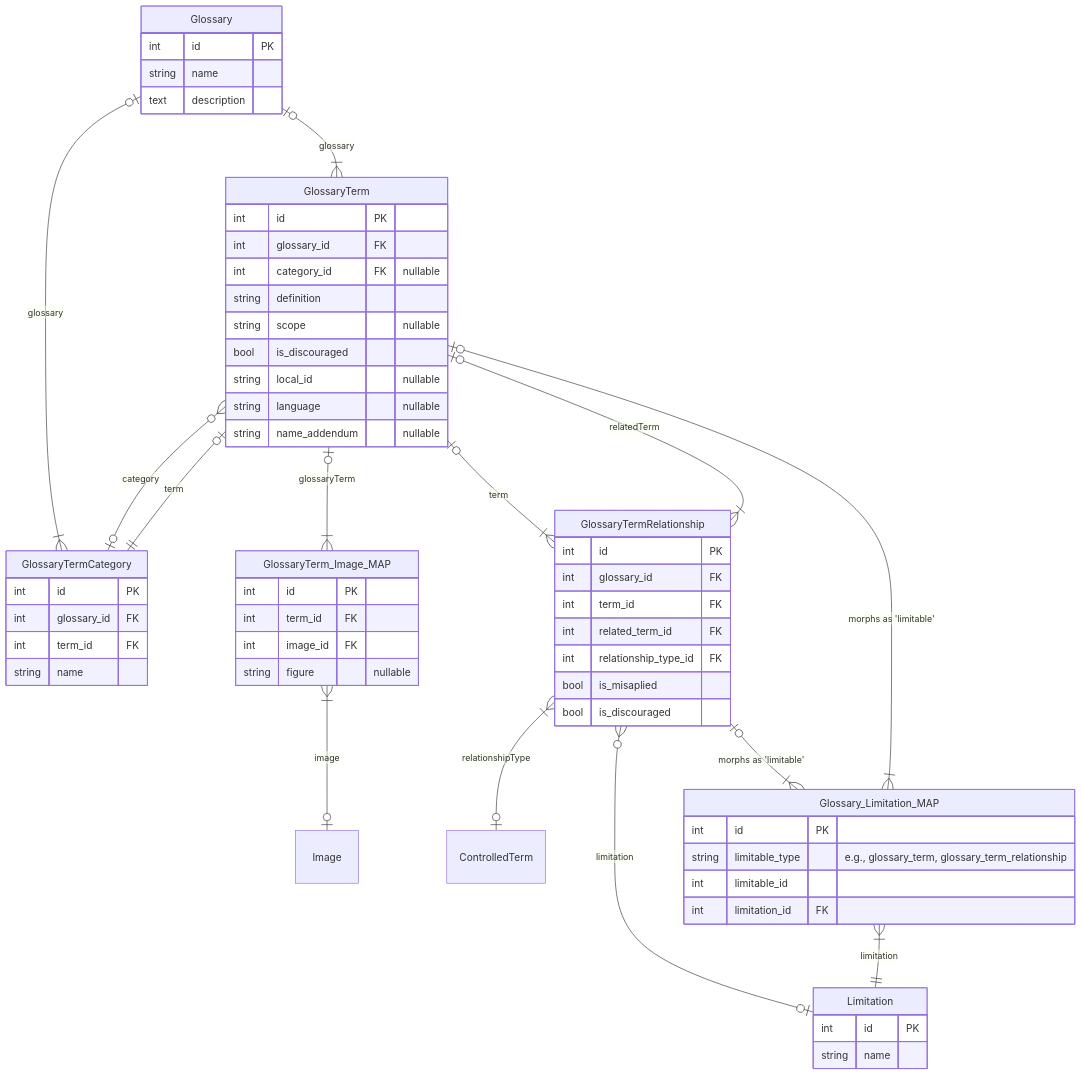
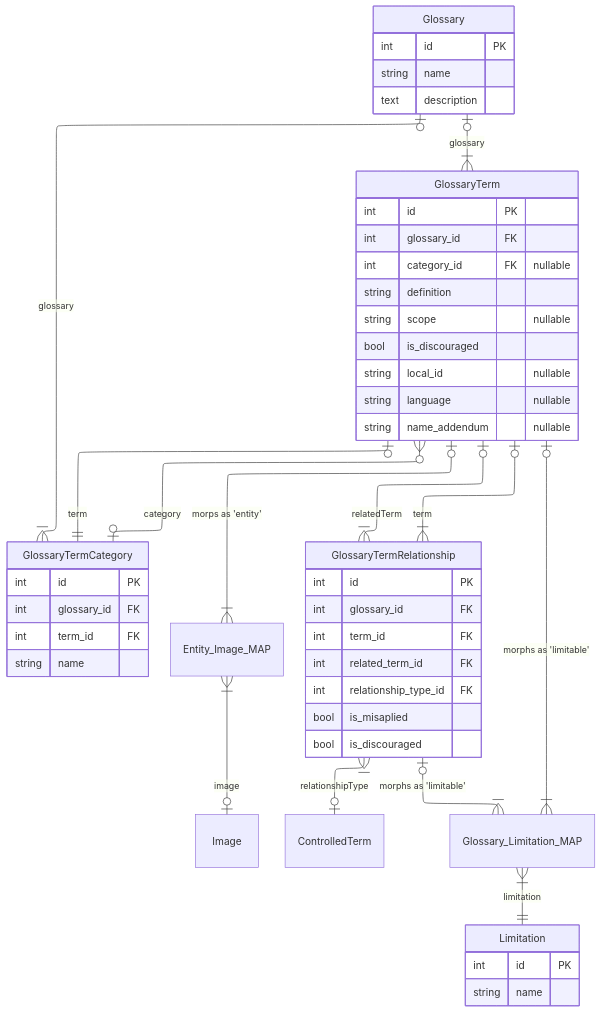
The diagram in docs/glossary-module.md (vicflora/vicflora-data-model-2026), drawn with Mermaid before and after one commit. The commit also changed 2 other files, not shown here.

Commit message:
Update ERDs

````diff
--- a/docs/glossary-module.md
+++ b/docs/glossary-module.md
@@ -25,78 +25,66 @@
 ```mermaid
+---
+config:
+    layout: elk
+---
 erDiagram
     Glossary |o--|{ GlossaryTerm : glossary
 
     Glossary |o--|{ GlossaryTermCategory : glossary
-    GlossaryTerm }o--o| GlossaryTermCategory : category
+    GlossaryTermCategory |o--o{ GlossaryTerm : category
     GlossaryTerm |o--|| GlossaryTermCategory : term
 
-    GlossaryTerm |o--|{ GlossaryTerm_Image_MAP : glossaryTerm
-    GlossaryTerm_Image_MAP }|--o| Image : image
+    GlossaryTerm |o--|{ Entity_Image_MAP : "morps as 'entity'"
+    Entity_Image_MAP }|--o| Image : image
 
     GlossaryTerm |o--|{ GlossaryTermRelationship : term
     GlossaryTermRelationship }|--o| GlossaryTerm : relatedTerm
     GlossaryTermRelationship }|--o| ControlledTerm : relationshipType
-    GlossaryTermRelationship }o--o| Limitation : limitation
 
     %% Polymorphic Targets
     GlossaryTermRelationship |o--|{ Glossary_Limitation_MAP  : "morphs as 'limitable'"
     GlossaryTerm |o--|{ Glossary_Limitation_MAP : "morphs as 'limitable'"
 
     Glossary_Limitation_MAP }|--|| Limitation : "limitation"
     
 
     Glossary {
       int id PK
       string name 
       text description
     }
 
     GlossaryTerm {
       int id PK
       int glossary_id FK
       int category_id FK "nullable"
       string definition
       string scope "nullable"
       bool is_discouraged
       string local_id "nullable"
       string language "nullable"
       string name_addendum "nullable"
     }
 
     GlossaryTermCategory {
       int id PK
       int glossary_id FK
       int term_id FK
       string name 
     }
 
     GlossaryTermRelationship {
       int id PK
       int glossary_id FK
       int term_id FK
       int related_term_id FK
       int relationship_type_id FK
       bool is_misaplied
       bool is_discouraged
     }
 
     Limitation {
       int id PK
       string name 
     }
-
-    Glossary_Limitation_MAP {
-        int id PK
-        string limitable_type "e.g., glossary_term, glossary_term_relationship"
-        int limitable_id
-        int limitation_id FK
-    }
-
-    GlossaryTerm_Image_MAP {
-      int id PK
-      int term_id FK
-      int image_id FK
-      string figure "nullable"
-    }
-
 ```
````
